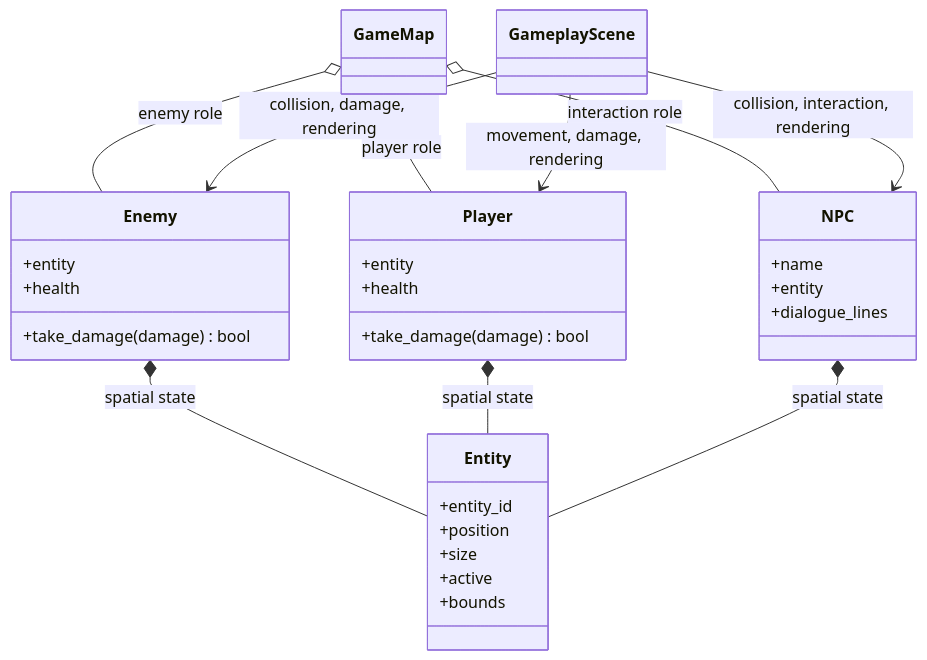
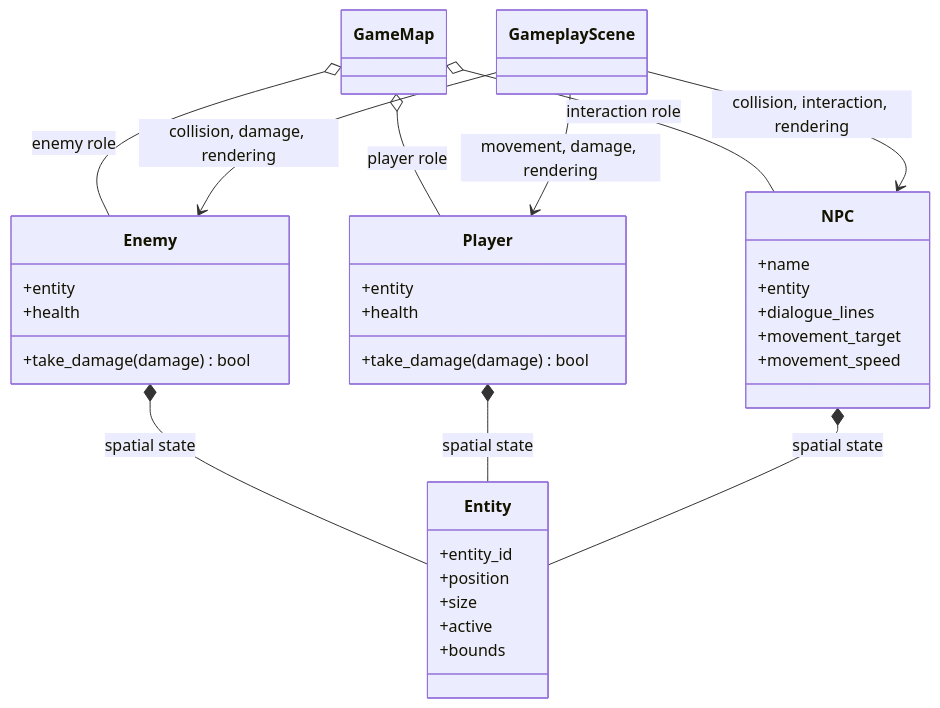
One commit to VincentMardon/my_first_adventure_game changed the diagram in docs/architecture/entities.md. Above: the diagram before and after it, drawn with Mermaid. The commit also changed other lines of this file and 15 other files, not shown here.

````diff
--- a/docs/architecture/entities.md
+++ b/docs/architecture/entities.md
@@ -55,38 +67,40 @@
 ```mermaid
 classDiagram
     class Entity {
         +entity_id
         +position
         +size
         +active
         +bounds
     }
 
     class Enemy {
         +entity
         +health
         +take_damage(damage) bool
     }
 
     class Player {
         +entity
         +health
         +take_damage(damage) bool
     }
 
     class NPC {
         +name
         +entity
         +dialogue_lines
+        +movement_target
+        +movement_speed
     }
 
     Enemy *-- Entity : spatial state
     Player *-- Entity : spatial state
     NPC *-- Entity : spatial state
     GameMap o-- Enemy : enemy role
     GameMap o-- NPC : interaction role
     GameMap o-- Player : player role
     GameplayScene --> Enemy : collision, damage, rendering
     GameplayScene --> NPC : collision, interaction, rendering
     GameplayScene --> Player : movement, damage, rendering
 ```
````
